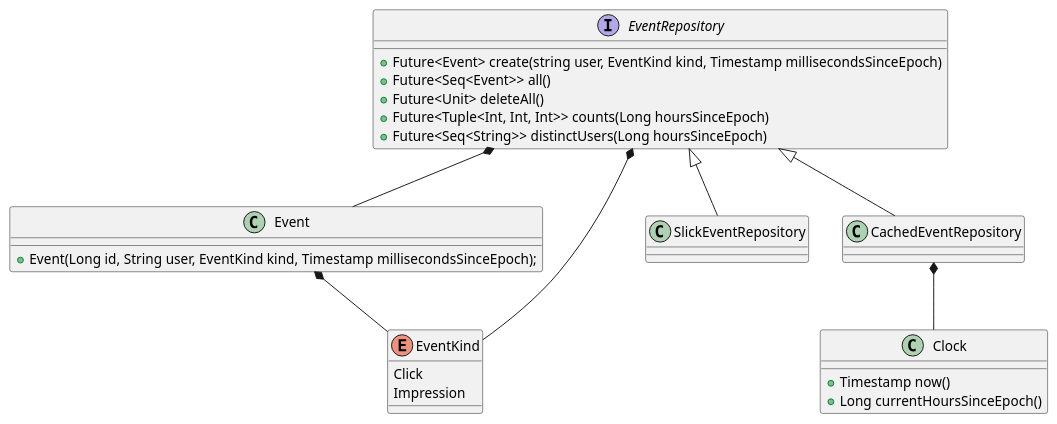
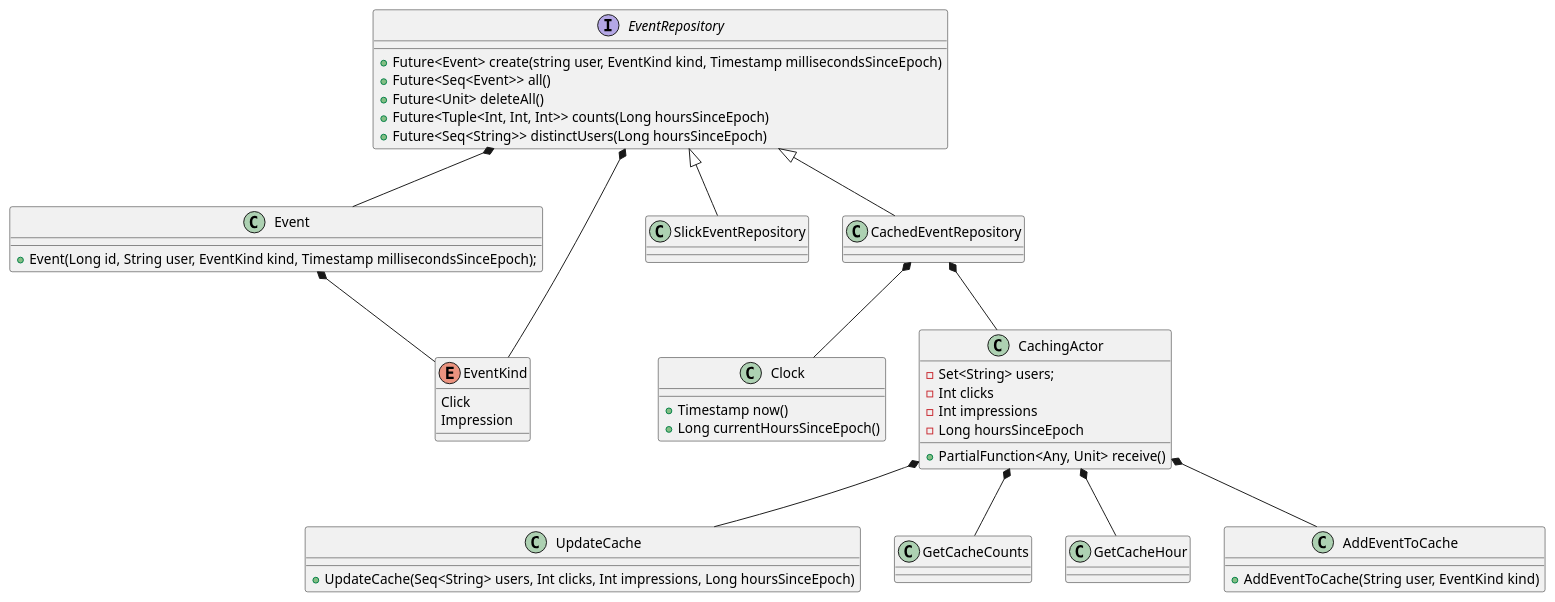
One commit to marciogualtieri/analytics changed the diagram in uml/repository.plantuml. Above: the diagram before and after it, drawn with PlantUML.

Commit message:
Changed repository UML

```diff
--- a/uml/repository.plantuml
+++ b/uml/repository.plantuml
@@ -1,33 +1,58 @@
 @startuml
 interface EventRepository {
         +Future<Event> create(string user, EventKind kind, Timestamp millisecondsSinceEpoch)
         +Future<Seq<Event>> all()
         +Future<Unit> deleteAll()
         +Future<Tuple<Int, Int, Int>> counts(Long hoursSinceEpoch)
         +Future<Seq<String>> distinctUsers(Long hoursSinceEpoch)
 }
 
 class Event {
        +Event(Long id, String user, EventKind kind, Timestamp millisecondsSinceEpoch);
 }
 
 enum EventKind {
         Click
         Impression
 }
 
 class SlickEventRepository
 class CachedEventRepository
 class Clock {
     +Timestamp now()
     +Long currentHoursSinceEpoch()
 }
 
+class CachingActor {
+        -Set<String> users;
+        -Int clicks
+        -Int impressions
+        -Long hoursSinceEpoch
+        +PartialFunction<Any, Unit> receive()
+}
+
+class UpdateCache {
+    +UpdateCache(Seq<String> users, Int clicks, Int impressions, Long hoursSinceEpoch)
+}
+class GetCacheCounts
+class GetCacheHour
+class AddEventToCache {
+    +AddEventToCache(String user, EventKind kind)
+}
+
 EventRepository <|-- SlickEventRepository
 EventRepository <|-- CachedEventRepository
 
 EventRepository *-- Event
 EventRepository *-- EventKind
+
 Event *-- EventKind
+
 CachedEventRepository *-- Clock
+CachedEventRepository *-- CachingActor
+
+CachingActor *-- UpdateCache
+CachingActor *-- GetCacheCounts
+CachingActor *-- GetCacheHour
+CachingActor *-- AddEventToCache
 @enduml
```
